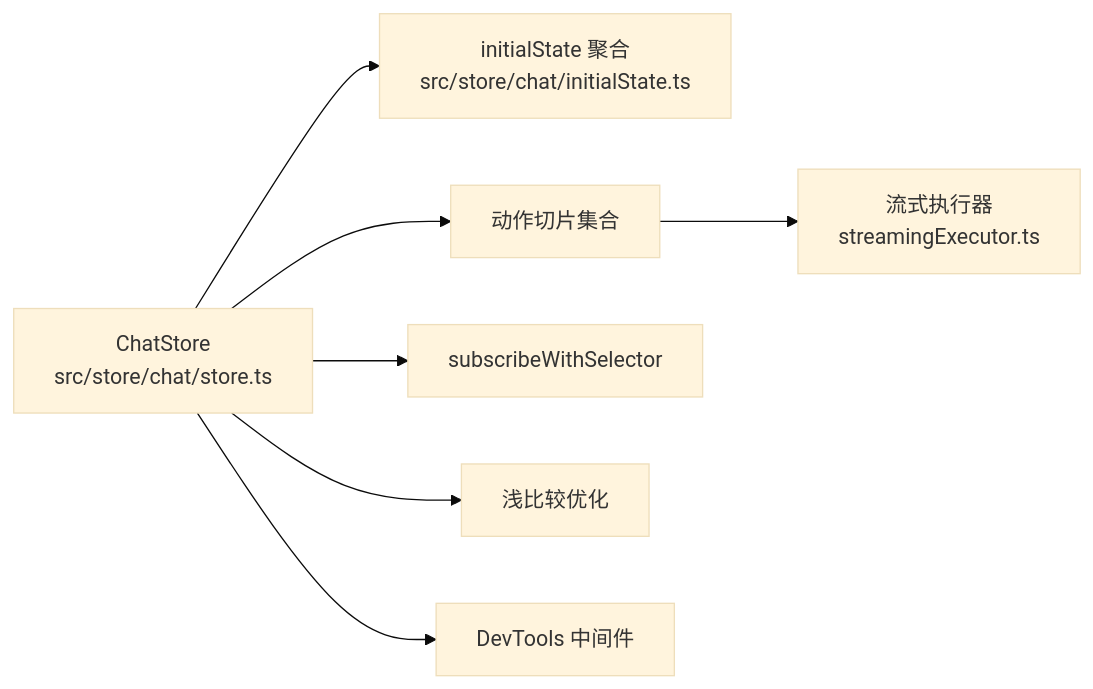
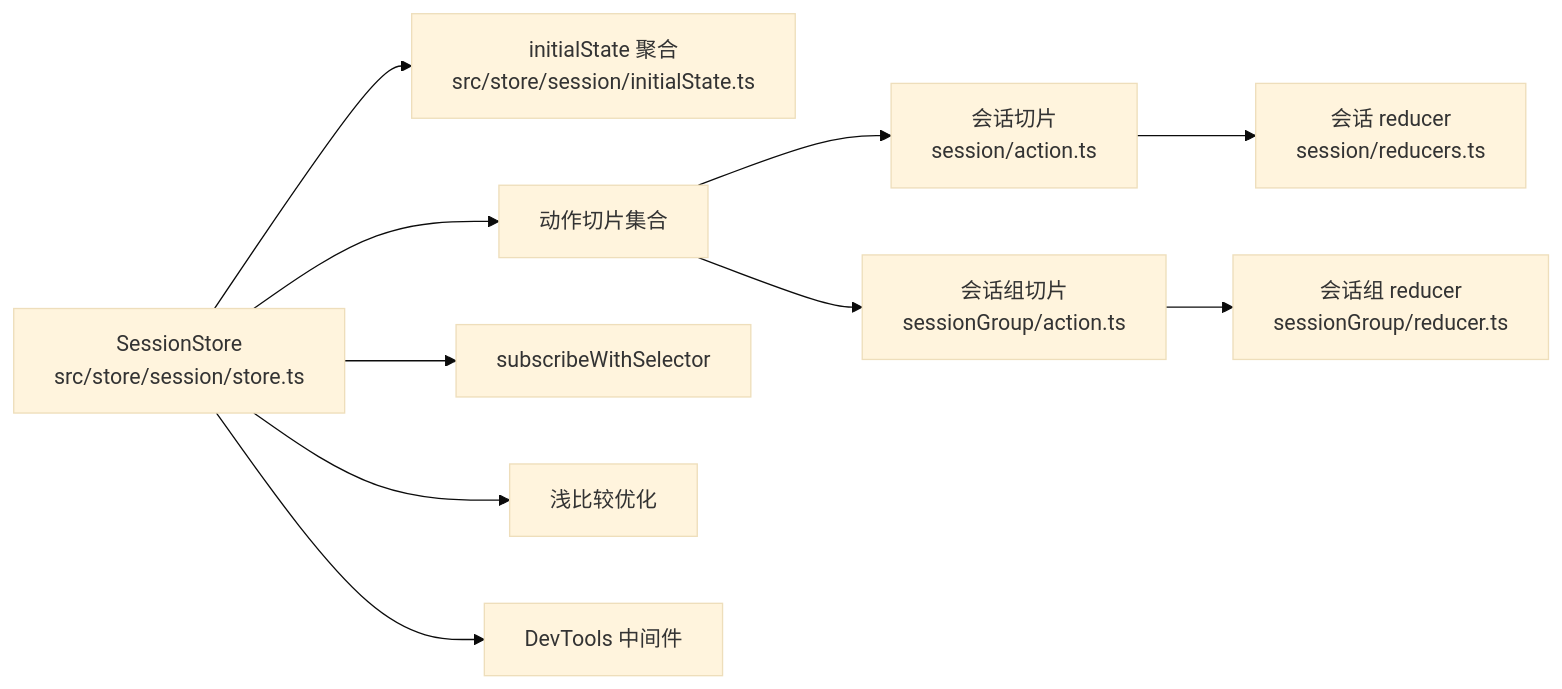
The fifth of 5 diagrams in .qoder/repowiki/zh/content/状态管理/状态管理.md (AvatoLabs/avato), drawn with Mermaid (base theme) before and after one commit. The commit also changed other lines of this file and 50 other files, not shown here.

````diff
--- a/.qoder/repowiki/zh/content/状态管理/状态管理.md
+++ b/.qoder/repowiki/zh/content/状态管理/状态管理.md
@@ -239,9 +336,12 @@
 ```mermaid
 graph LR
-A["ChatStore<br/>src/store/chat/store.ts"] --> B["initialState 聚合<br/>src/store/chat/initialState.ts"]
+A["SessionStore<br/>src/store/session/store.ts"] --> B["initialState 聚合<br/>src/store/session/initialState.ts"]
 A --> C["动作切片集合"]
-C --> D["流式执行器<br/>streamingExecutor.ts"]
-A --> E["subscribeWithSelector"]
-A --> F["浅比较优化"]
-A --> G["DevTools 中间件"]
+C --> D["会话切片<br/>session/action.ts"]
+C --> E["会话组切片<br/>sessionGroup/action.ts"]
+D --> F["会话 reducer<br/>session/reducers.ts"]
+E --> G["会话组 reducer<br/>sessionGroup/reducer.ts"]
+A --> H["subscribeWithSelector"]
+A --> I["浅比较优化"]
+A --> J["DevTools 中间件"]
 ```
````
